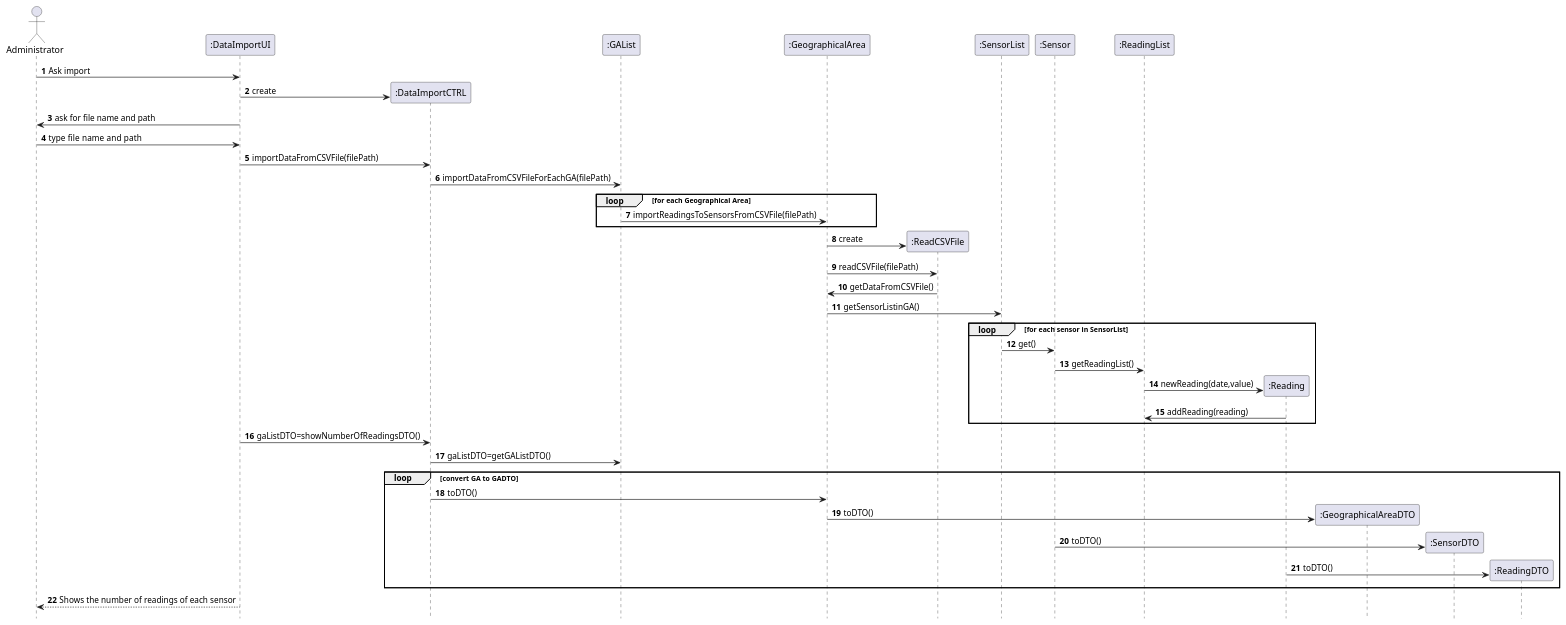
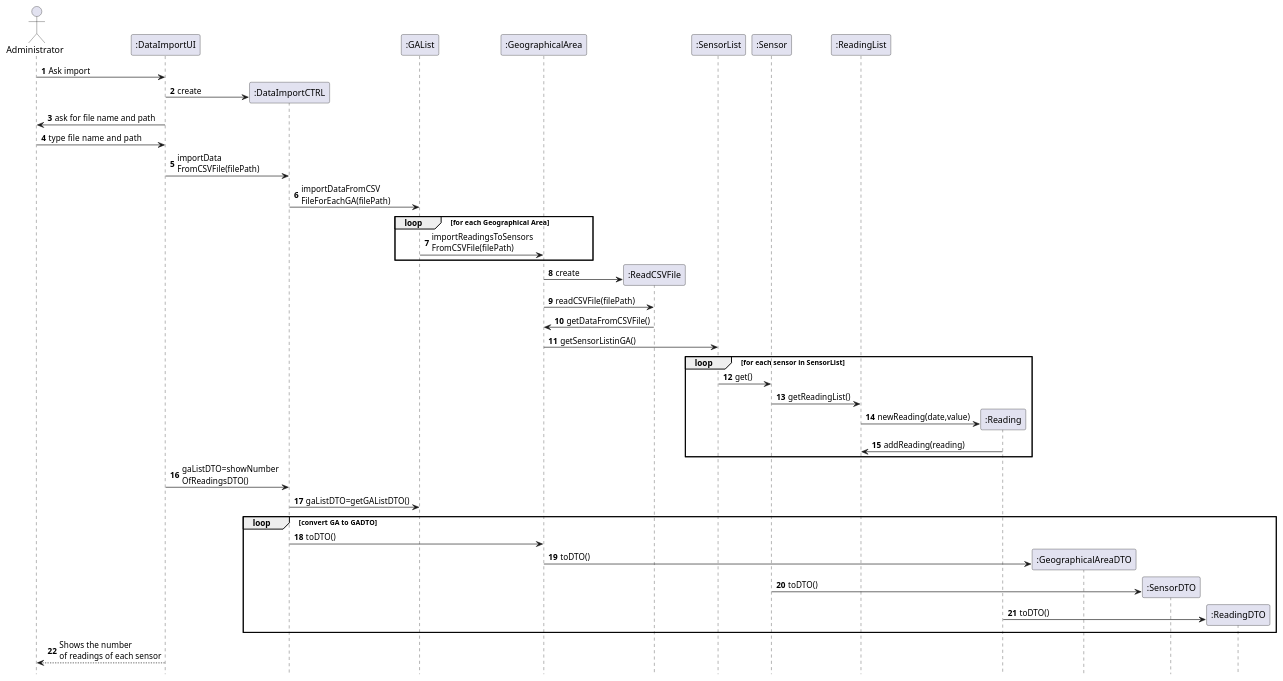
One commit to emanuel-pereira/hou changed the diagram in src/main/java/smarthome/controller/sequenceDiagrams/sd_ImportReadingsSensorsFromCSVfile.puml. Above: the diagram before and after it, drawn with PlantUML.

Commit message:
US20 - Update on ImportDataUI. Addresses #107

```diff
--- a/src/main/java/smarthome/controller/sequenceDiagrams/sd_ImportReadingsSensorsFromCSVfile.puml
+++ b/src/main/java/smarthome/controller/sequenceDiagrams/sd_ImportReadingsSensorsFromCSVfile.puml
@@ -1,53 +1,53 @@
 @startuml
 autonumber
 hidefootbox
 actor Administrator
 
 
 Administrator -> ":DataImportUI": Ask import
 create ":DataImportCTRL"
 
 
 ":DataImportUI" -> ":DataImportCTRL": create
 ":DataImportUI" -> "Administrator": ask for file name and path
 ":DataImportUI" <- "Administrator": type  file name and path
 
 
-":DataImportUI" -> ":DataImportCTRL": importDataFromCSVFile(filePath)
-":DataImportCTRL" -> ":GAList": importDataFromCSVFileForEachGA(filePath)
+":DataImportUI" -> ":DataImportCTRL": importData\nFromCSVFile(filePath)
+":DataImportCTRL" -> ":GAList": importDataFromCSV\nFileForEachGA(filePath)
 
 loop for each Geographical Area
-":GAList" -> ":GeographicalArea": importReadingsToSensorsFromCSVFile(filePath)
+":GAList" -> ":GeographicalArea": importReadingsToSensors\nFromCSVFile(filePath)
 end
 
 create ":ReadCSVFile"
 ":GeographicalArea" -> ":ReadCSVFile": create
 ":GeographicalArea" -> ":ReadCSVFile": readCSVFile(filePath)
 ":ReadCSVFile" -> ":GeographicalArea": getDataFromCSVFile()
 
 ":GeographicalArea" -> ":SensorList": getSensorListinGA()
 
 loop for each sensor in SensorList
 ":SensorList" -> ":Sensor": get()
 
 ":Sensor" -> ":ReadingList": getReadingList()
 create ":Reading"
 
 ":ReadingList" -> ":Reading": newReading(date,value)
 ":ReadingList" <- ":Reading": addReading(reading)
 end
 
-":DataImportCTRL"<-":DataImportUI":gaListDTO=showNumberOfReadingsDTO()
+":DataImportCTRL"<-":DataImportUI":gaListDTO=showNumber\nOfReadingsDTO()
 ":DataImportCTRL"->":GAList": gaListDTO=getGAListDTO()
 loop convert GA to GADTO
 ":DataImportCTRL"->":GeographicalArea": toDTO()
 create ":GeographicalAreaDTO"
 ":GeographicalArea"->":GeographicalAreaDTO": toDTO()
 create ":SensorDTO"
 ":Sensor"->":SensorDTO": toDTO()
 create ":ReadingDTO"
 ":Reading"->":ReadingDTO": toDTO()
 
 end
-Administrator<--":DataImportUI": Shows the number of readings of each sensor
+Administrator<--":DataImportUI": Shows the number \nof readings of each sensor
 @enduml
```
